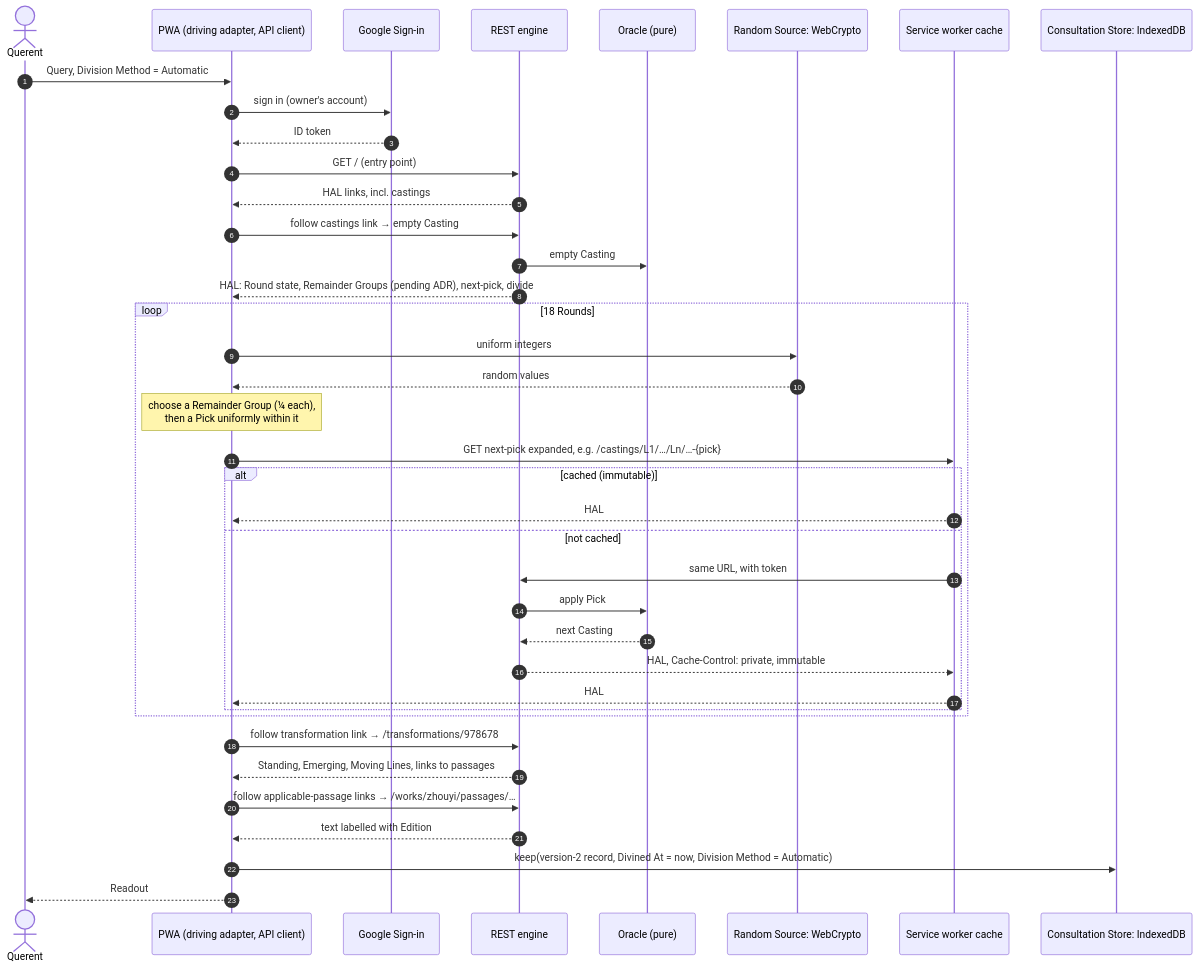
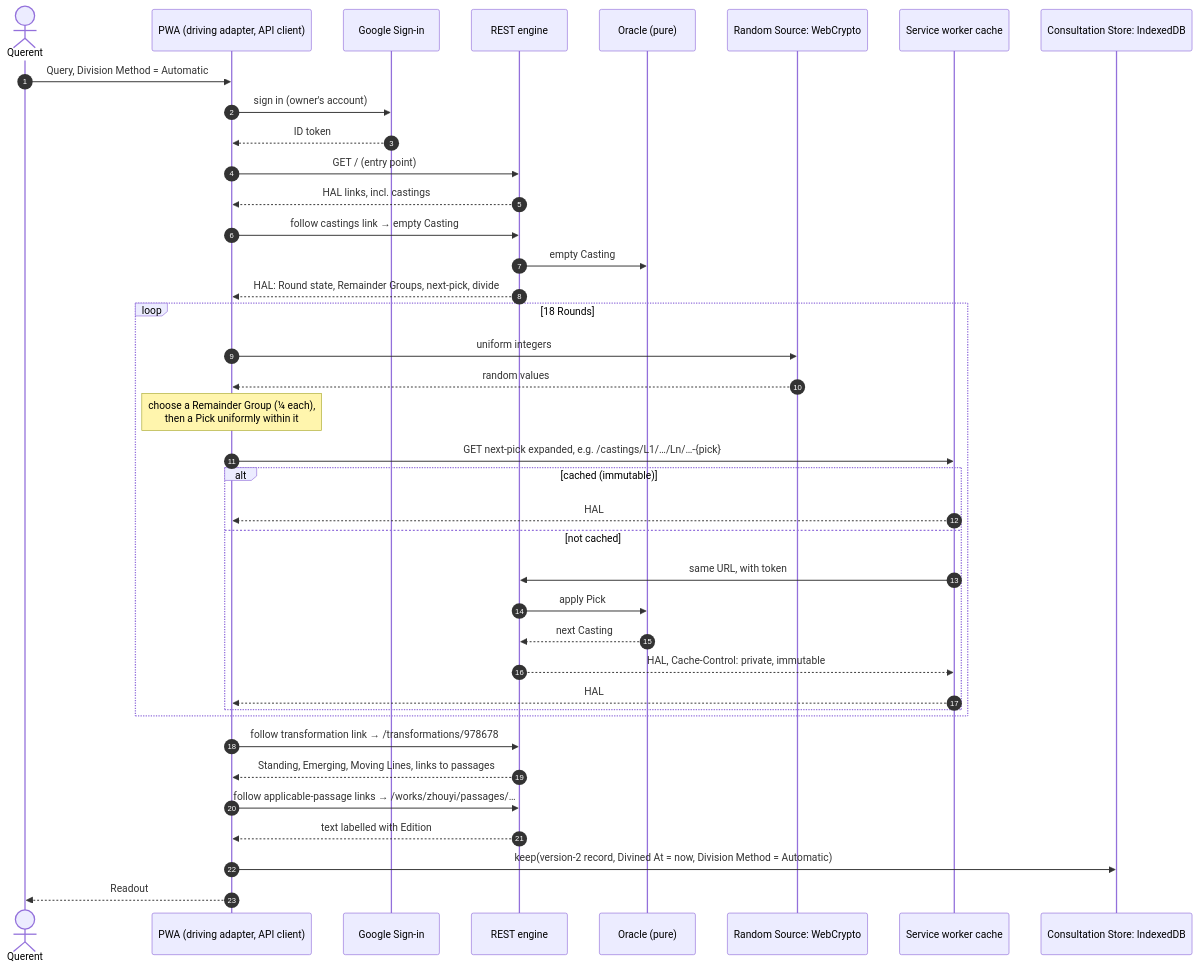
One commit to limjiechao/ts-hexagram-generator changed the second of 4 diagrams in docs/design/sequence.md. Above: the diagram before and after it, drawn with Mermaid. The commit also changed 5 other files, not shown here.

````diff
--- a/docs/design/sequence.md
+++ b/docs/design/sequence.md
@@ -50,42 +50,42 @@
 ```mermaid
 sequenceDiagram
   autonumber
   actor Q as Querent
   participant W as PWA (driving adapter, API client)
   participant GS as Google Sign-in
   participant R as REST engine
   participant O as Oracle (pure)
   participant RS as Random Source: WebCrypto
   participant SW as Service worker cache
   participant S as Consultation Store: IndexedDB
 
   Q->>W: Query, Division Method = Automatic
   W->>GS: sign in (owner's account)
   GS-->>W: ID token
   W->>R: GET / (entry point)
   R-->>W: HAL links, incl. castings
   W->>R: follow castings link → empty Casting
   R->>O: empty Casting
-  R-->>W: HAL: Round state, Remainder Groups (pending ADR), next-pick, divide
+  R-->>W: HAL: Round state, Remainder Groups, next-pick, divide
   loop 18 Rounds
     W->>RS: uniform integers
     RS-->>W: random values
     Note over W: choose a Remainder Group (¼ each),<br/>then a Pick uniformly within it
     W->>SW: GET next-pick expanded, e.g. /castings/L1/…/Ln/…-{pick}
     alt cached (immutable)
       SW-->>W: HAL
     else not cached
       SW->>R: same URL, with token
       R->>O: apply Pick
       O-->>R: next Casting
       R-->>SW: HAL, Cache-Control: private, immutable
       SW-->>W: HAL
     end
   end
   W->>R: follow transformation link → /transformations/978678
   R-->>W: Standing, Emerging, Moving Lines, links to passages
   W->>R: follow applicable-passage links → /works/zhouyi/passages/…
   R-->>W: text labelled with Edition
   W->>S: keep(version-2 record, Divined At = now, Division Method = Automatic)
   W-->>Q: Readout
 ```
````
